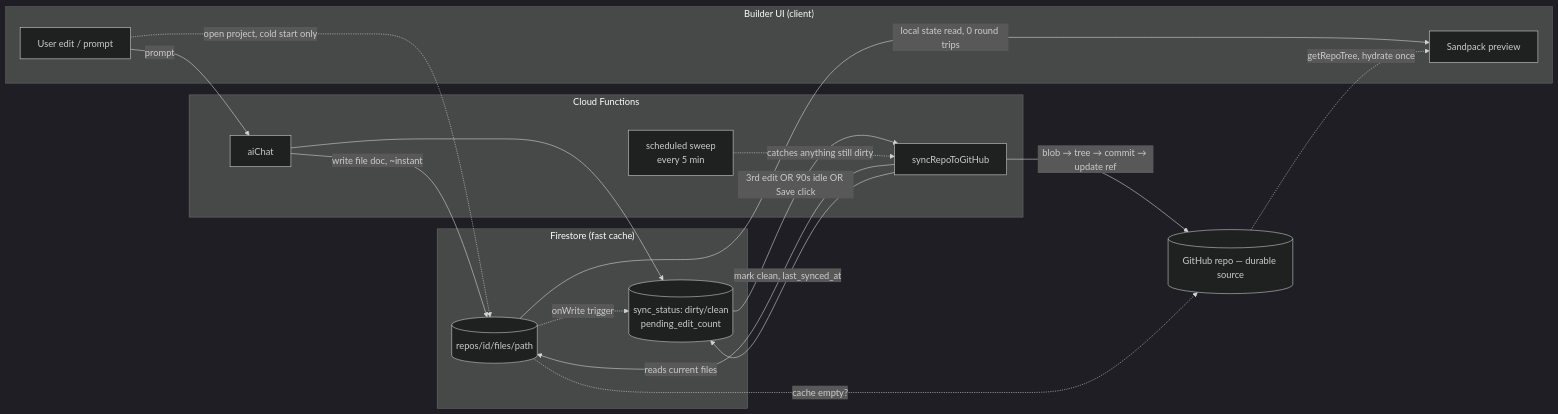
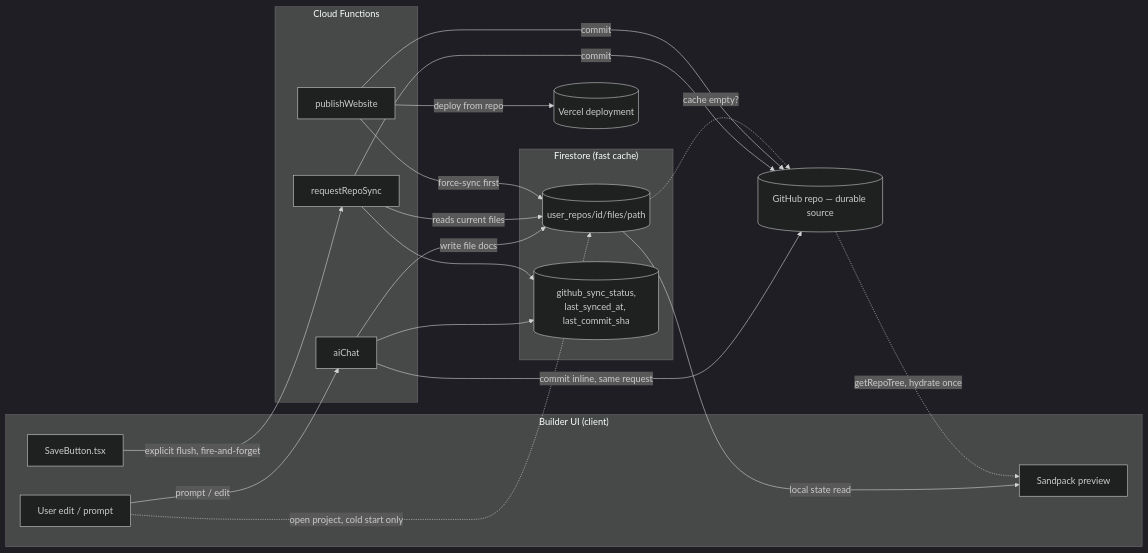
The diagram in docs/AI_BUILDER_ENGINE.md (Empirial/empirialdesigns), drawn with Mermaid (dark theme) before and after one commit. The commit also changed other lines of this file and 1 other file, not shown here.

````diff
--- a/docs/AI_BUILDER_ENGINE.md
+++ b/docs/AI_BUILDER_ENGINE.md
@@ -228,36 +335,41 @@
 ```mermaid
 flowchart LR
     subgraph client["Builder UI (client)"]
         U[User edit / prompt]
         PV[Sandpack preview]
+        SAVE[SaveButton.tsx]
     end
 
     subgraph fns["Cloud Functions"]
         AC[aiChat]
-        SYNC[syncRepoToGitHub]
-        SWEEP[scheduled sweep\nevery 5 min]
+        RRS[requestRepoSync]
+        PUB[publishWebsite]
     end
 
     subgraph fs["Firestore (fast cache)"]
-        FILES[(repos/id/files/path)]
-        STATUS[(sync_status: dirty/clean\npending_edit_count)]
+        FILES[(user_repos/id/files/path)]
+        STATUS[(github_sync_status,\nlast_synced_at, last_commit_sha)]
     end
 
     GH[(GitHub repo — durable source)]
+    VC[(Vercel deployment)]
 
-    U -->|prompt| AC
-    AC -->|write file doc, ~instant| FILES
+    U -->|prompt / edit| AC
+    AC -->|write file docs| FILES
+    AC -->|commit inline, same request| GH
     AC --> STATUS
-    FILES -->|local state read, 0 round trips| PV
+    FILES -->|local state read| PV
 
-    FILES -.->|onWrite trigger| STATUS
-    STATUS -->|"3rd edit OR 90s idle OR Save click"| SYNC
-    SWEEP -.->|catches anything still dirty| SYNC
-    SYNC -->|reads current files| FILES
-    SYNC -->|blob → tree → commit → update ref| GH
-    SYNC -->|mark clean, last_synced_at| STATUS
+    SAVE -->|explicit flush, fire-and-forget| RRS
+    RRS -->|reads current files| FILES
+    RRS -->|commit| GH
+    RRS --> STATUS
+
+    PUB -->|force-sync first| FILES
+    PUB -->|commit| GH
+    PUB -->|deploy from repo| VC
 
     U -.->|open project, cold start only| FILES
     FILES -.->|cache empty?| GH
     GH -.->|getRepoTree, hydrate once| PV
 ```
````
